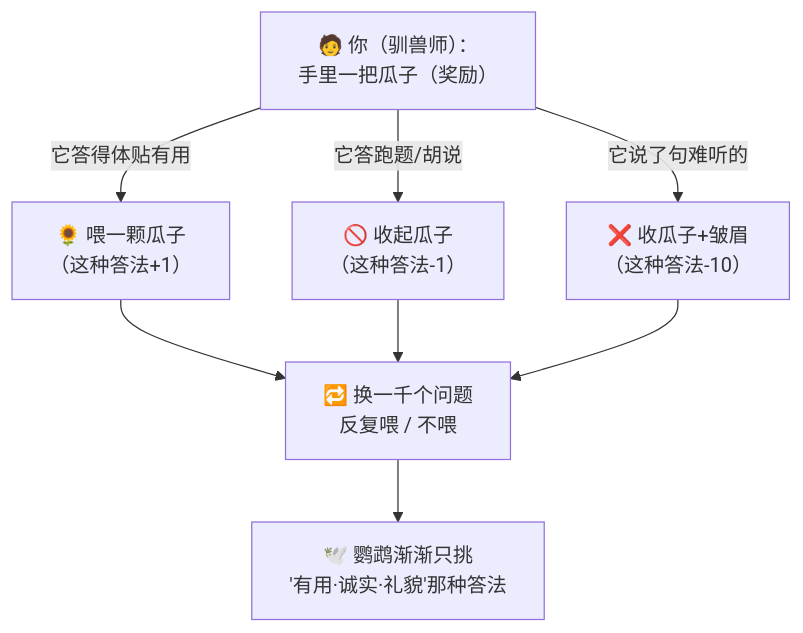
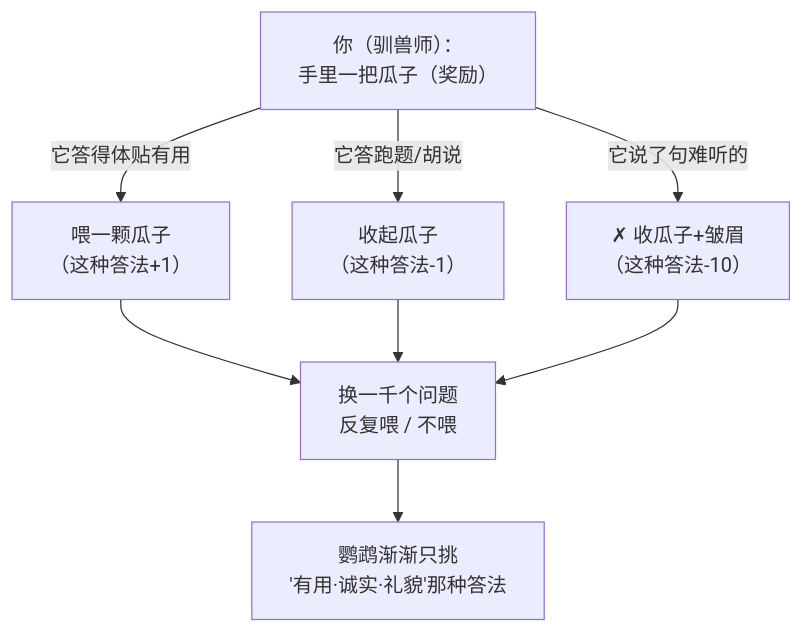
Before and after one commit to luckykhy/KhyAiHub: the fourth of 5 diagrams in docs/02_CONCEPTS_概念入门/CONCEPT/[CONCEPT-26] 什么是强化学习-RLHF.md, drawn with Mermaid. The commit also changed other lines of this file and 19 other files, not shown here.

````diff
--- a/docs/02_CONCEPTS_概念入门/CONCEPT/[CONCEPT-26] 什么是强化学习-RLHF.md
+++ b/docs/02_CONCEPTS_概念入门/CONCEPT/[CONCEPT-26] 什么是强化学习-RLHF.md
@@ -233,11 +233,11 @@
 ```mermaid
 flowchart TB
-  YOU["🧑 你（驯兽师）：<br/>手里一把瓜子（奖励）"]
-  YOU -->|"它答得体贴有用"| GOOD["🌻 喂一颗瓜子<br/>（这种答法+1）"]
-  YOU -->|"它答跑题/胡说"| NONE["🚫 收起瓜子<br/>（这种答法-1）"]
-  YOU -->|"它说了句难听的"| STOP["❌ 收瓜子+皱眉<br/>（这种答法-10）"]
-  GOOD --> REPEAT["🔁 换一千个问题<br/>反复喂 / 不喂"]
+  YOU["你（驯兽师）：<br/>手里一把瓜子（奖励）"]
+  YOU -->|"它答得体贴有用"| GOOD["喂一颗瓜子<br/>（这种答法+1）"]
+  YOU -->|"它答跑题/胡说"| NONE["收起瓜子<br/>（这种答法-1）"]
+  YOU -->|"它说了句难听的"| STOP["✗ 收瓜子+皱眉<br/>（这种答法-10）"]
+  GOOD --> REPEAT["换一千个问题<br/>反复喂 / 不喂"]
   NONE --> REPEAT
   STOP --> REPEAT
-  REPEAT --> ALIGNED["🕊️ 鹦鹉渐渐只挑<br/>'有用·诚实·礼貌'那种答法"]
+  REPEAT --> ALIGNED["鹦鹉渐渐只挑<br/>'有用·诚实·礼貌'那种答法"]
 ```
````
